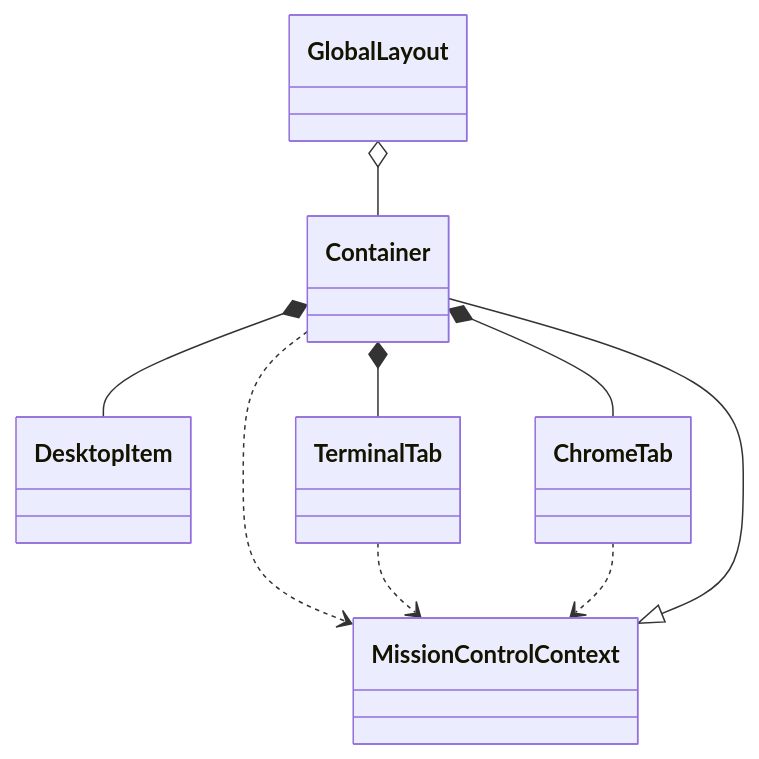
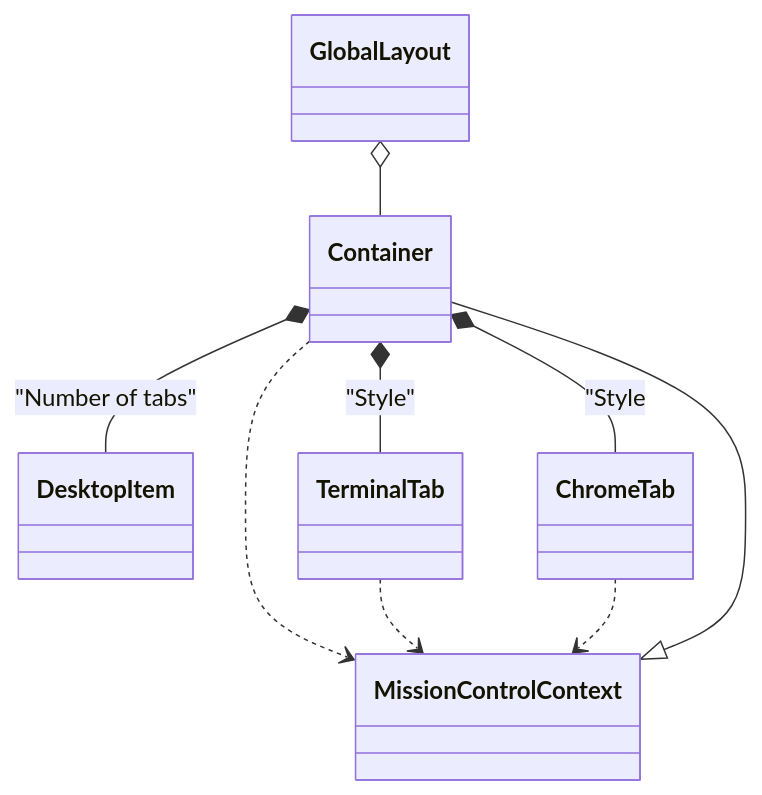
One commit to syi0808/WhoAmI changed the diagram in design.md. Above: the diagram before and after it, drawn with Mermaid. The commit also changed other lines of this file, not shown here.

````diff
--- a/design.md
+++ b/design.md
@@ -1,23 +13,24 @@
 ```mermaid
 classDiagram
-    class GlobalLayout
 
-    class Container
-    class DesktopItem
-    class MissionControlContext
+class GlobalLayout
 
-    class TerminalTab
-    class ChromeTab
+class Container
+class DesktopItem
+class MissionControlContext
 
-    GlobalLayout o-- Container
+class TerminalTab
+class ChromeTab
 
-    MissionControlContext <|-- Container
-    Container ..> MissionControlContext
-    Container *-- DesktopItem
+GlobalLayout o-- Container
 
-    Container *-- TerminalTab
-    Container *-- ChromeTab
+MissionControlContext <|-- Container
+Container ..> MissionControlContext
+Container *-- DesktopItem : "Number of tabs"
 
-    TerminalTab ..> MissionControlContext
-    ChromeTab ..> MissionControlContext
+Container *-- TerminalTab : "Style"
+Container *-- ChromeTab : "Style
+
+TerminalTab ..> MissionControlContext
+ChromeTab ..> MissionControlContext
 ```
````
